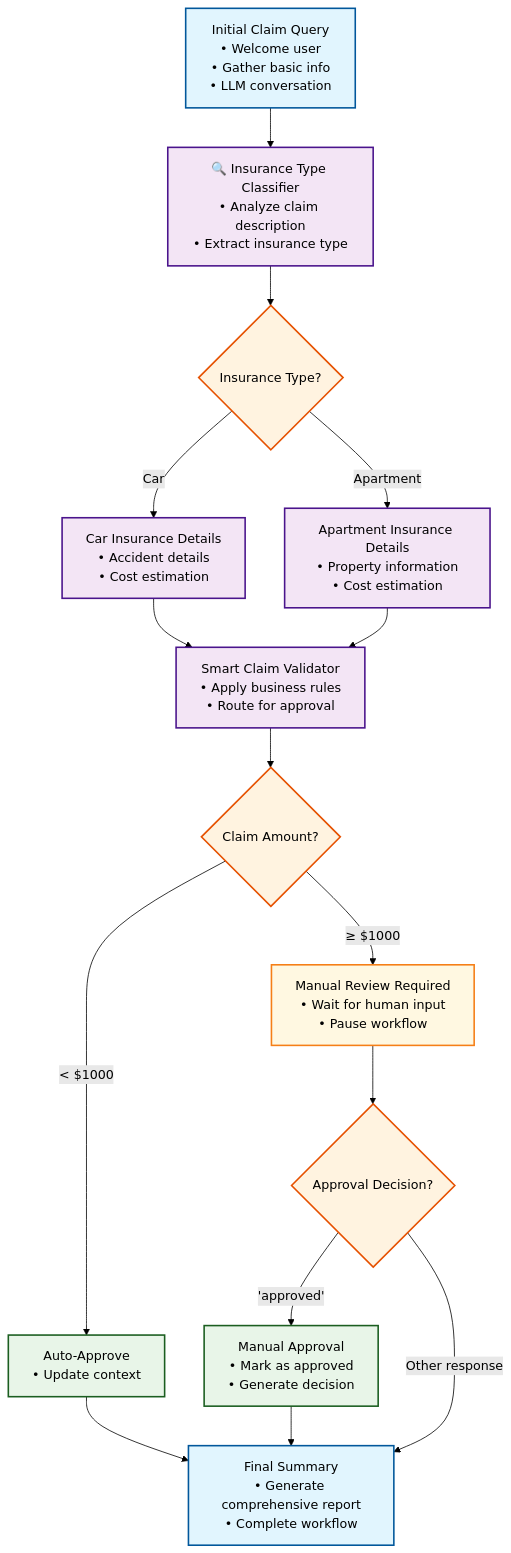
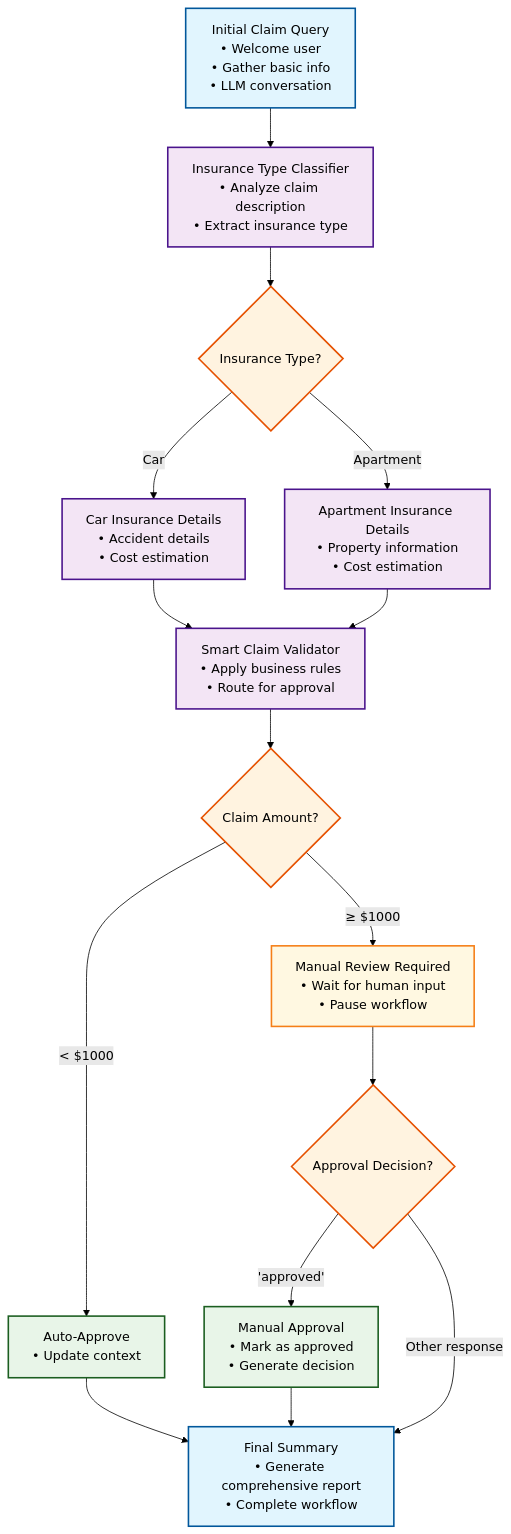
Before and after one commit to a-agmon/rs-graph-llm: the diagram in README.md, drawn with Mermaid (forest theme). The commit also changed other lines of this file, not shown here.

````diff
--- a/README.md
+++ b/README.md
@@ -220,35 +220,35 @@
 ```mermaid
 graph TD
-    A["Initial Claim Query<br/>• Welcome user<br/>• Gather basic info<br/>• LLM conversation"] --> B["🔍 Insurance Type Classifier<br/>• Analyze claim description<br/>• Extract insurance type<br/>"]
+    A["Initial Claim Query<br/>• Welcome user<br/>• Gather basic info<br/>• LLM conversation"] --> B[" Insurance Type Classifier<br/>• Analyze claim description<br/>• Extract insurance type<br/>"]
     
     B --> C{Insurance Type?}
     C -->|"Car"| D["Car Insurance Details<br/>• Accident details<br/>• Cost estimation"]
     C -->|"Apartment"| E["Apartment Insurance Details<br/>• Property information<br/>• Cost estimation"]
     
     D --> F["Smart Claim Validator<br/>• Apply business rules<br/>• Route for approval"]
     E --> F
     
     F --> G{Claim Amount?}
     G -->|"< $1000"| H["Auto-Approve<br/>• Update context"]
     G -->|"≥ $1000"| I["Manual Review Required<br/>• Wait for human input<br/>• Pause workflow<br/>"]
     
     I --> K{Approval Decision?}
     K -->|"'approved'"| L["Manual Approval<br/>• Mark as approved<br/>• Generate decision<br/>"]
     K -->|"Other response"| M["Final Summary<br/>• Generate comprehensive report<br/>• Complete workflow"]
     
     H --> M
     L --> M
     
     %% Styling
     classDef startEnd fill:#e1f5fe,stroke:#01579b,stroke-width:2px
     classDef process fill:#f3e5f5,stroke:#4a148c,stroke-width:2px
     classDef decision fill:#fff3e0,stroke:#e65100,stroke-width:2px
     classDef approval fill:#e8f5e8,stroke:#1b5e20,stroke-width:2px
     classDef waiting fill:#fff8e1,stroke:#f57f17,stroke-width:2px
     
     class A,M startEnd
     class B,D,E,F process
     class C,G,K decision
     class H,L approval
     class I waiting
 ```
````
